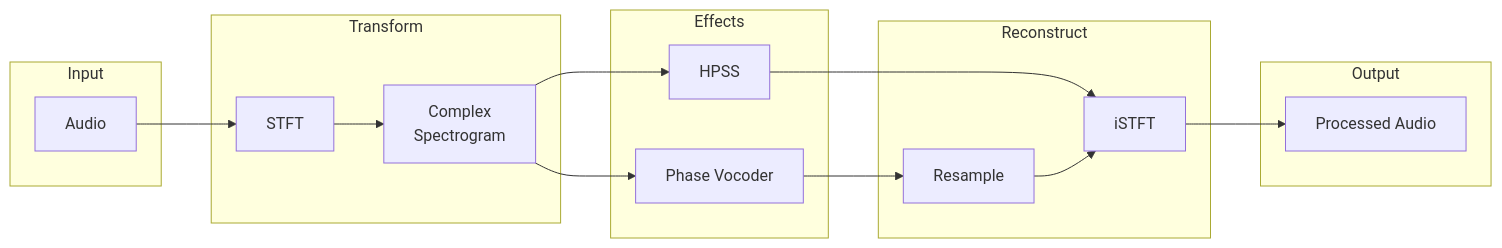
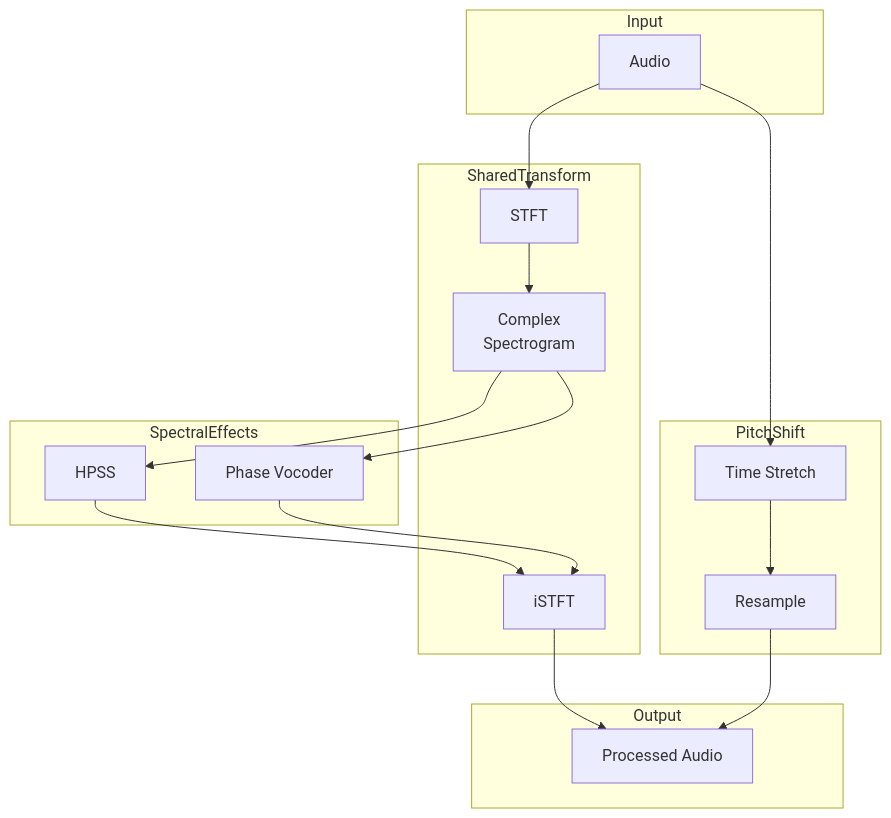
Before and after one commit to libraz/libsonare-homepage: the third of 4 diagrams in src/docs/architecture.md, drawn with Mermaid. The commit also changed other lines of this file and 34 other files, not shown here.

````diff
--- a/src/docs/architecture.md
+++ b/src/docs/architecture.md
@@ -210,34 +233,37 @@
 ```mermaid
-flowchart LR
+flowchart TB
     subgraph Input
         AUDIO[Audio]
     end
 
-    subgraph Transform
+    subgraph SharedTransform
         STFT[STFT]
         SPEC[Complex<br/>Spectrogram]
+        ISTFT[iSTFT]
     end
 
-    subgraph Effects
+    subgraph SpectralEffects
         HPSS[HPSS]
         PV[Phase Vocoder]
     end
 
-    subgraph Reconstruct
-        ISTFT[iSTFT]
+    subgraph PitchShift
+        TS[Time Stretch]
         RESAMPLE[Resample]
     end
 
     subgraph Output
         OUT[Processed Audio]
     end
 
     AUDIO --> STFT
     STFT --> SPEC
     SPEC --> HPSS
     SPEC --> PV
     HPSS --> ISTFT
-    PV --> RESAMPLE
-    RESAMPLE --> ISTFT
+    PV --> ISTFT
+    AUDIO --> TS
+    TS --> RESAMPLE
     ISTFT --> OUT
+    RESAMPLE --> OUT
 ```
````
